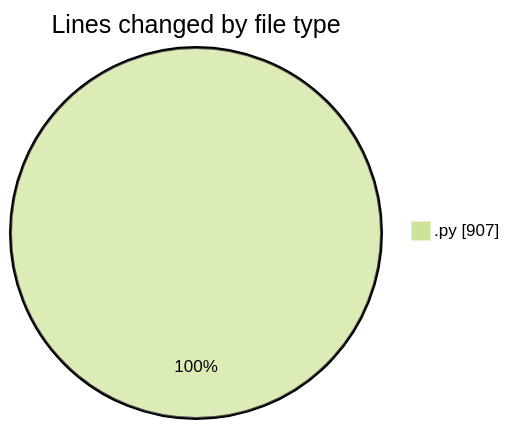
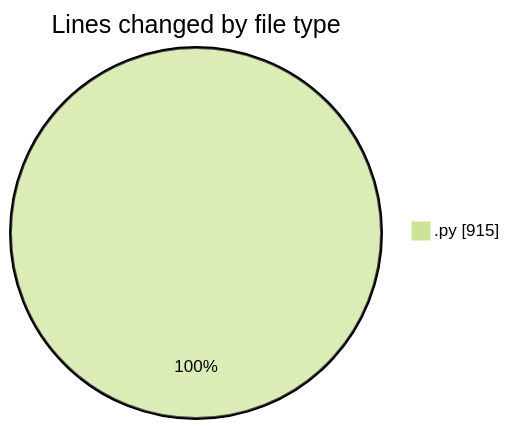
One commit to MatusMokan/code-tracking changed the first of 2 diagrams in 2025-03-18/myws__workspace_/README.md. Above: the diagram before and after it, drawn with Mermaid (forest theme). The commit also changed other lines of this file and 1 other file, not shown here.

````diff
--- a/2025-03-18/myws__workspace_/README.md
+++ b/2025-03-18/myws__workspace_/README.md
@@ -22,5 +22,5 @@
 ```mermaid
 pie showData
 title Lines changed by file type
-".py" : 907
+".py" : 915
 ```
````
